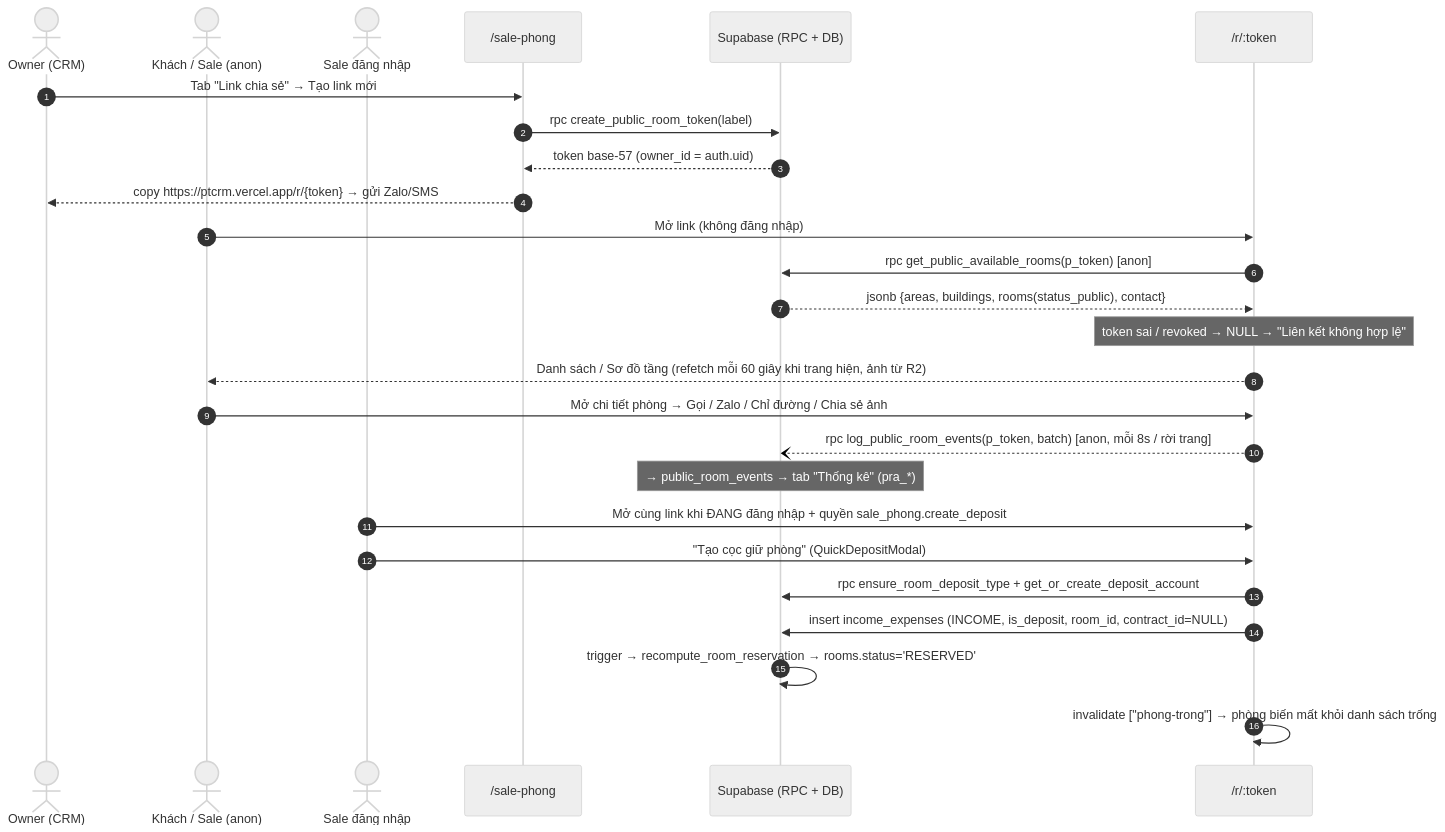
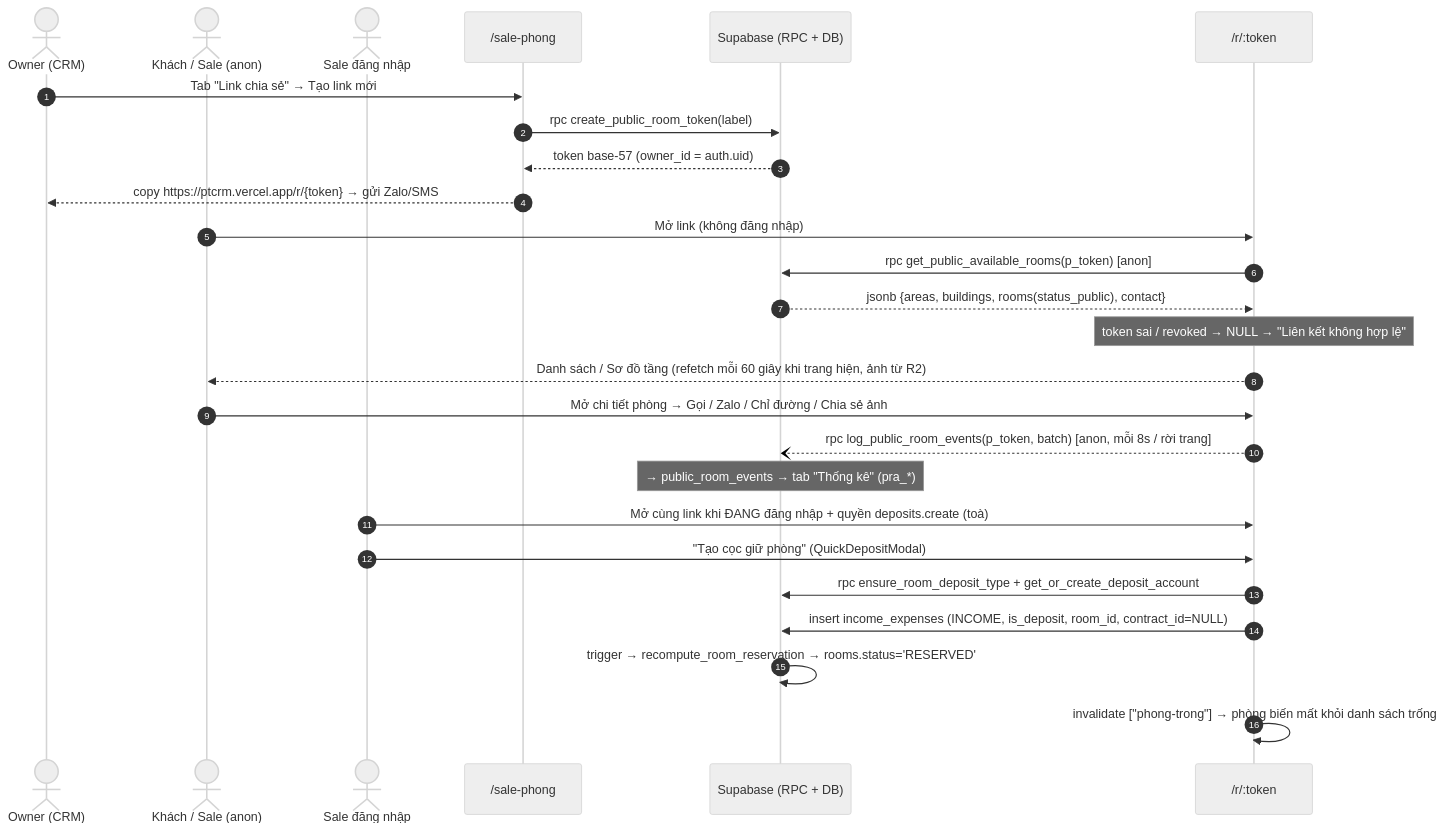
One commit to zxGreenxz/whiteboard-ihomecrm changed the third of 4 diagrams in docs/he-thong/15-kenh-cong-khai-sale-thu-tien.md. Above: the diagram before and after it, drawn with Mermaid (neutral theme). The commit also changed other lines of this file and 22 other files, not shown here.

````diff
--- a/docs/he-thong/15-kenh-cong-khai-sale-thu-tien.md
+++ b/docs/he-thong/15-kenh-cong-khai-sale-thu-tien.md
@@ -381,31 +382,31 @@
 ```mermaid
 sequenceDiagram
     autonumber
     actor Owner as Owner (CRM)
     actor Khach as Khách / Sale (anon)
     actor Sale as Sale đăng nhập
     participant SP as /sale-phong
     participant DB as Supabase (RPC + DB)
     participant PT as /r/:token
 
     Owner->>SP: Tab "Link chia sẻ" → Tạo link mới
     SP->>DB: rpc create_public_room_token(label)
     DB-->>SP: token base-57 (owner_id = auth.uid)
     SP-->>Owner: copy https://ptcrm.vercel.app/r/{token} → gửi Zalo/SMS
 
     Khach->>PT: Mở link (không đăng nhập)
     PT->>DB: rpc get_public_available_rooms(p_token) [anon]
     DB-->>PT: jsonb {areas, buildings, rooms(status_public), contact}
     Note over PT: token sai / revoked → NULL → "Liên kết không hợp lệ"
     PT-->>Khach: Danh sách / Sơ đồ tầng (refetch mỗi 60 giây khi trang hiện, ảnh từ R2)
     Khach->>PT: Mở chi tiết phòng → Gọi / Zalo / Chỉ đường / Chia sẻ ảnh
     PT--)DB: rpc log_public_room_events(p_token, batch) [anon, mỗi 8s / rời trang]
     Note over DB: → public_room_events → tab "Thống kê" (pra_*)
 
-    Sale->>PT: Mở cùng link khi ĐANG đăng nhập + quyền sale_phong.create_deposit
+    Sale->>PT: Mở cùng link khi ĐANG đăng nhập + quyền deposits.create (toà)
     Sale->>PT: "Tạo cọc giữ phòng" (QuickDepositModal)
     PT->>DB: rpc ensure_room_deposit_type + get_or_create_deposit_account
     PT->>DB: insert income_expenses (INCOME, is_deposit, room_id, contract_id=NULL)
     DB->>DB: trigger → recompute_room_reservation → rooms.status='RESERVED'
     PT->>PT: invalidate ["phong-trong"] → phòng biến mất khỏi danh sách trống
 ```
````
